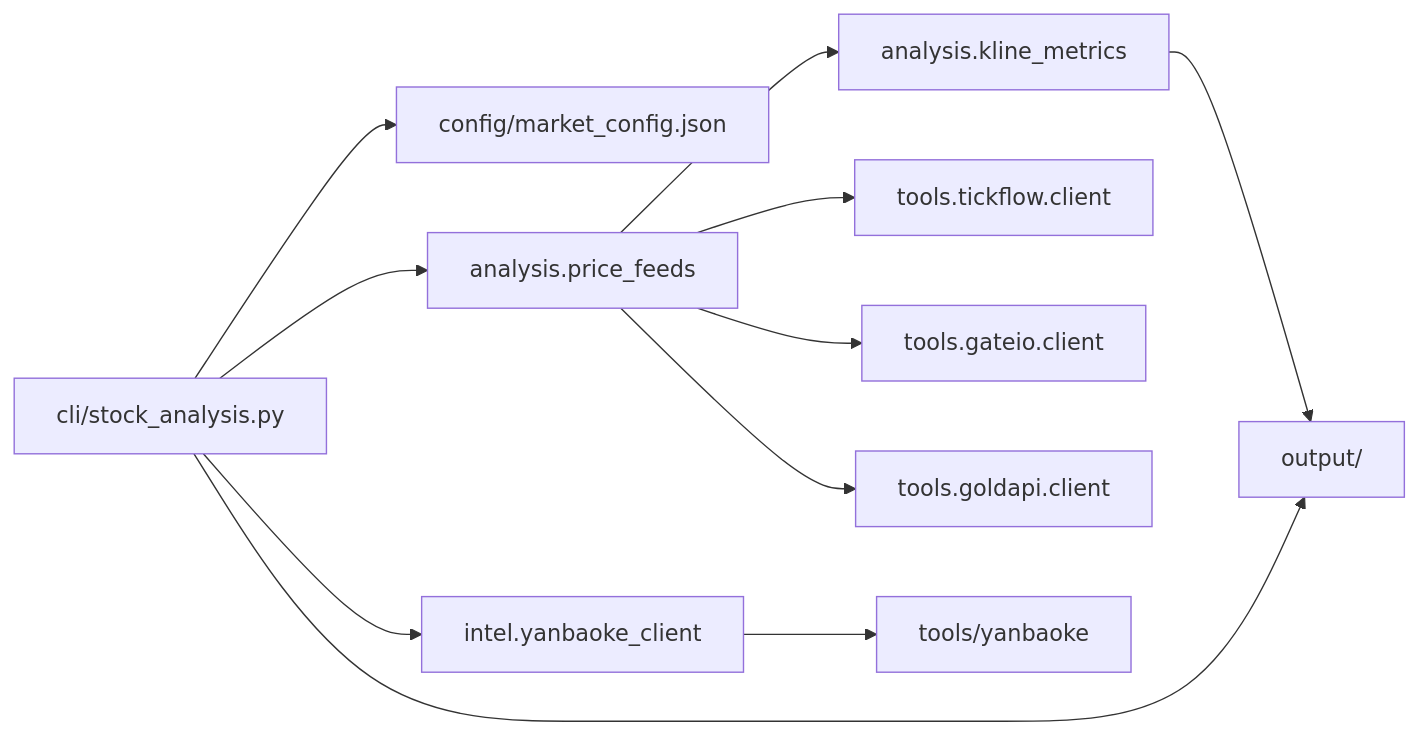
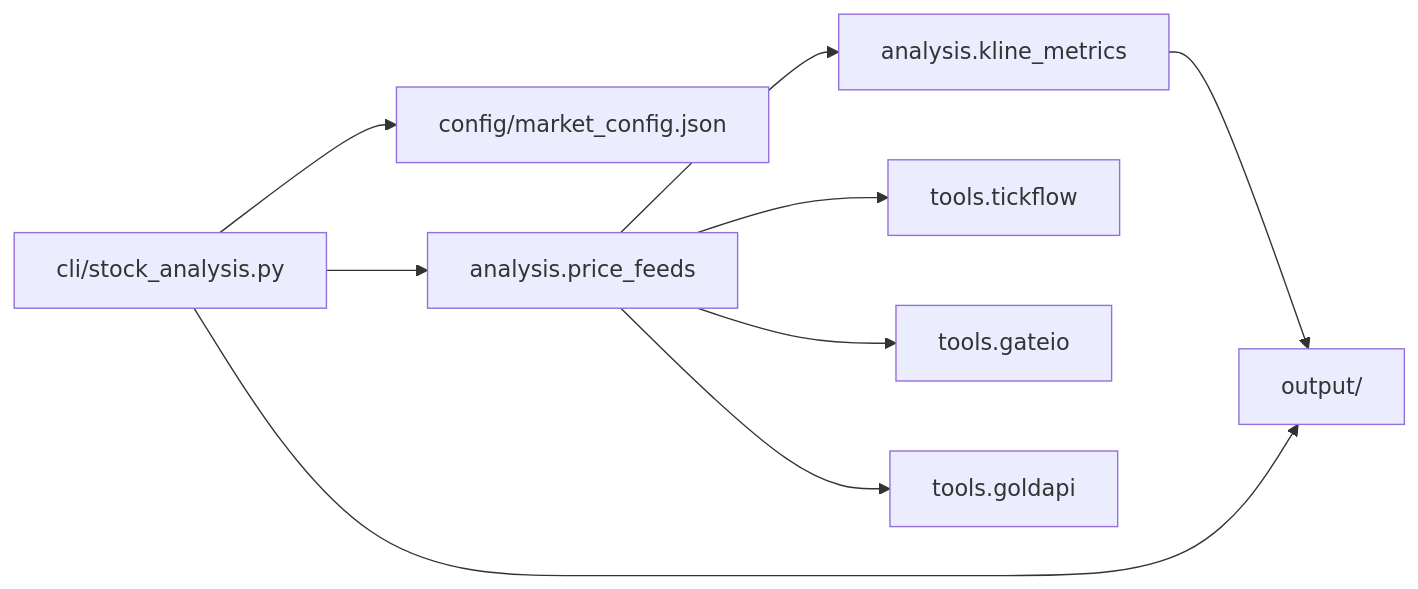
Before and after one commit to 7Gosts/Stock_Analysis: the diagram in README.md, drawn with Mermaid. The commit also changed other lines of this file and 14 other files, not shown here.

````diff
--- a/README.md
+++ b/README.md
@@ -53,23 +27,19 @@
 ```mermaid
 flowchart LR
   CLI[cli/stock_analysis.py]
   CFG[config/market_config.json]
   DP[analysis.price_feeds]
   AE[analysis.kline_metrics]
-  TF[tools.tickflow.client]
-  GI[tools.gateio.client]
-  GA[tools.goldapi.client]
-  YB[intel.yanbaoke_client]
-  NODE[tools/yanbaoke]
+  TF[tools.tickflow]
+  GI[tools.gateio]
+  GA[tools.goldapi]
   OUT[output/]
   CLI --> CFG
   CLI --> DP
   DP --> TF
   DP --> GI
   DP --> GA
   DP --> AE
-  CLI --> YB
-  YB --> NODE
   AE --> OUT
   CLI --> OUT
 ```
````
